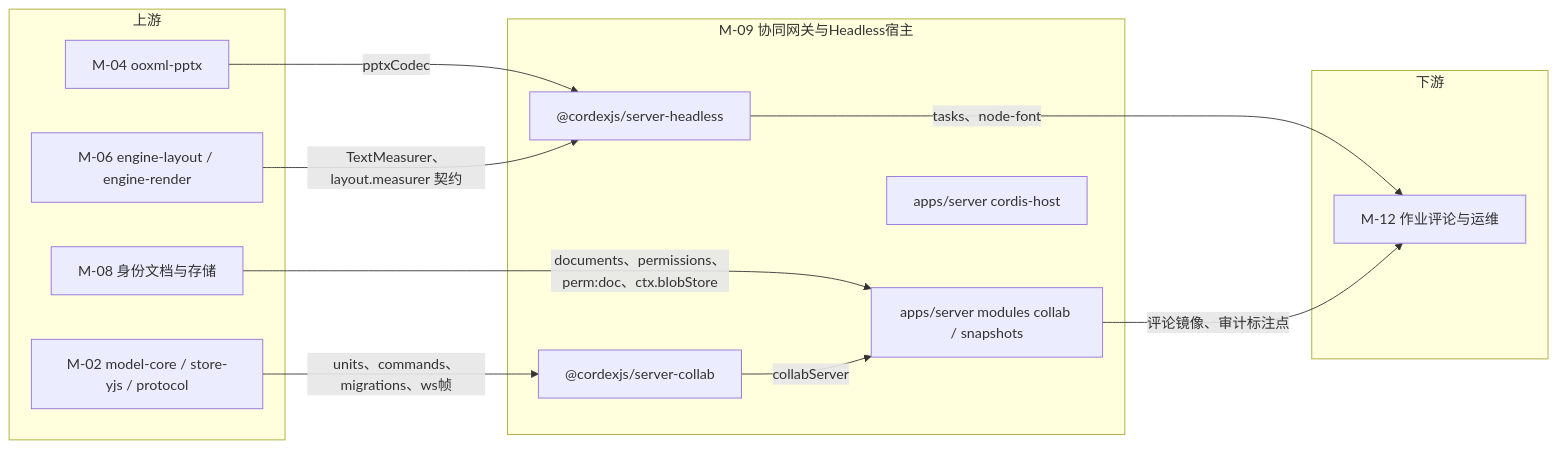
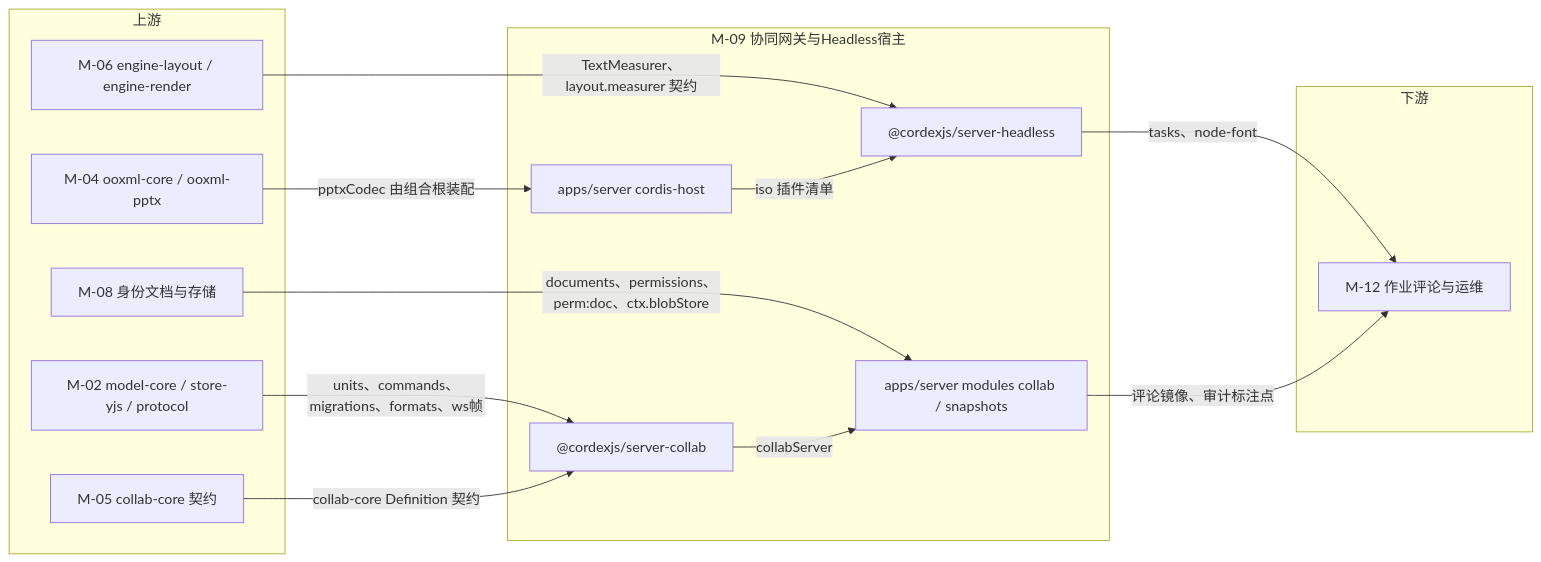
One commit to Xeonice/cordis-ppt-editor changed the first of 11 diagrams in docs/40-modules/09-server-collab-gateway-and-headless-host.md. Above: the diagram before and after it, drawn with Mermaid. The commit also changed other lines of this file and 22 other files, not shown here.

First line of the commit message:
docs(modules): 新增架构图集 18/19，补图并按 §4.18 回写模块设计线

````diff
--- a/docs/40-modules/09-server-collab-gateway-and-headless-host.md
+++ b/docs/40-modules/09-server-collab-gateway-and-headless-host.md
@@ -26,25 +26,28 @@
 ```mermaid
 flowchart LR
 subgraph up["上游"]
   m02["M-02 model-core / store-yjs / protocol"]
-  m04["M-04 ooxml-pptx"]
+  m04["M-04 ooxml-core / ooxml-pptx"]
+  m05["M-05 collab-core 契约"]
   m06["M-06 engine-layout / engine-render"]
   m08["M-08 身份文档与存储"]
 end
 subgraph mod["M-09 协同网关与Headless宿主"]
   collabNest["apps/server modules collab / snapshots"]
   hostNest["apps/server cordis-host"]
   collabPkg["@cordexjs/server-collab"]
   headlessPkg["@cordexjs/server-headless"]
 end
 subgraph down["下游"]
   m12["M-12 作业评论与运维"]
 end
-m02 -- "units、commands、migrations、ws帧" --> collabPkg
-m04 -- "pptxCodec" --> headlessPkg
+m02 -- "units、commands、migrations、formats、ws帧" --> collabPkg
+m04 -- "pptxCodec 由组合根装配" --> hostNest
+m05 -- "collab-core Definition 契约" --> collabPkg
 m06 -- "TextMeasurer、layout.measurer 契约" --> headlessPkg
 m08 -- "documents、permissions、perm:doc、ctx.blobStore" --> collabNest
+hostNest -- "iso 插件清单" --> headlessPkg
 collabPkg -- "collabServer" --> collabNest
 headlessPkg -- "tasks、node-font" --> m12
 collabNest -- "评论镜像、审计标注点" --> m12
 ```
````
